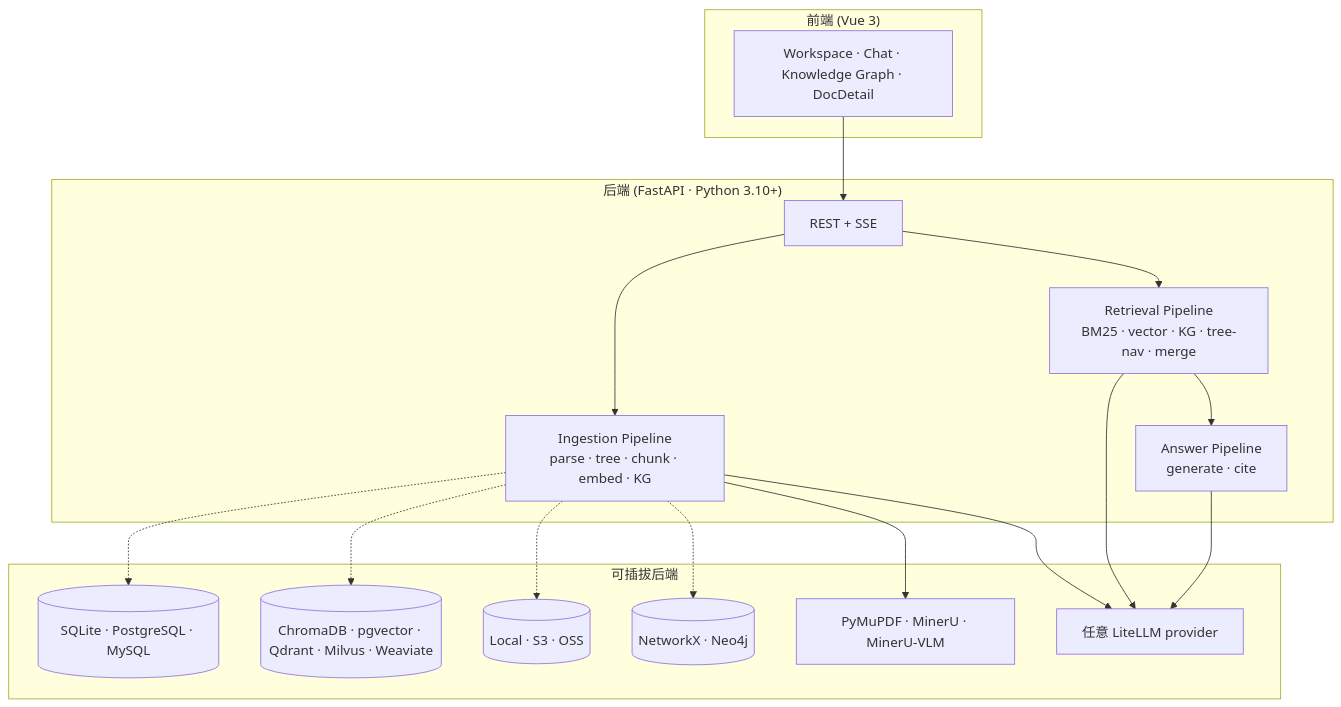
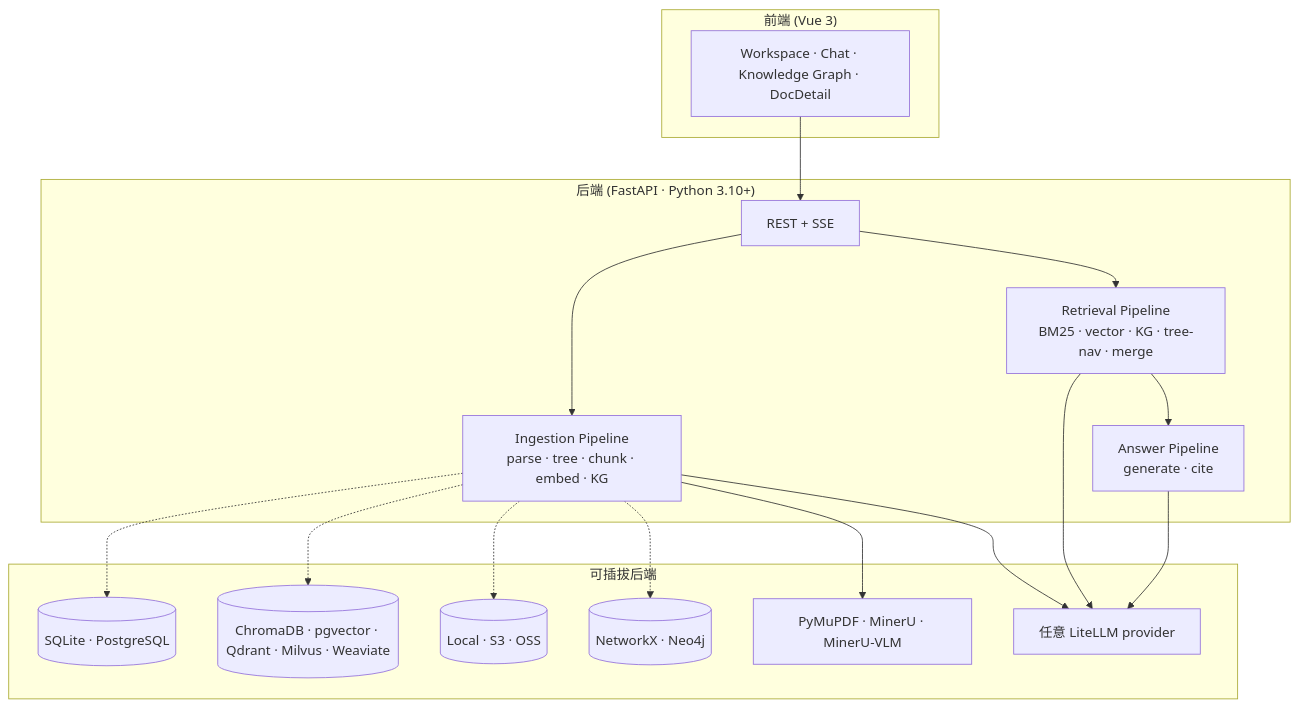
One commit to deeplethe/ForgeRAG changed the second of 2 diagrams in README_CN.md. Above: the diagram before and after it, drawn with Mermaid. The commit also changed 9 other files, not shown here.

````diff
--- a/README_CN.md
+++ b/README_CN.md
@@ -127,29 +127,29 @@
 ```mermaid
 flowchart TB
     subgraph "前端 (Vue 3)"
         UI[Workspace · Chat · Knowledge Graph · DocDetail]
     end
     subgraph "后端 (FastAPI · Python 3.10+)"
         API[REST + SSE]
         ING[Ingestion Pipeline<br/>parse · tree · chunk · embed · KG]
         RET[Retrieval Pipeline<br/>BM25 · vector · KG · tree-nav · merge]
         ANS[Answer Pipeline<br/>generate · cite]
     end
     subgraph "可插拔后端"
-        REL[(SQLite · PostgreSQL · MySQL)]
+        REL[(SQLite · PostgreSQL)]
         VEC[(ChromaDB · pgvector · Qdrant · Milvus · Weaviate)]
         BLOB[(Local · S3 · OSS)]
         KGS[(NetworkX · Neo4j)]
         PARSE[PyMuPDF · MinerU · MinerU-VLM]
         LLM[任意 LiteLLM provider]
     end
     UI --> API
     API --> ING
     API --> RET
     RET --> ANS
     ING -.-> REL & VEC & BLOB & KGS
     ING --> PARSE
     ING --> LLM
     RET --> LLM
     ANS --> LLM
 ```
````
